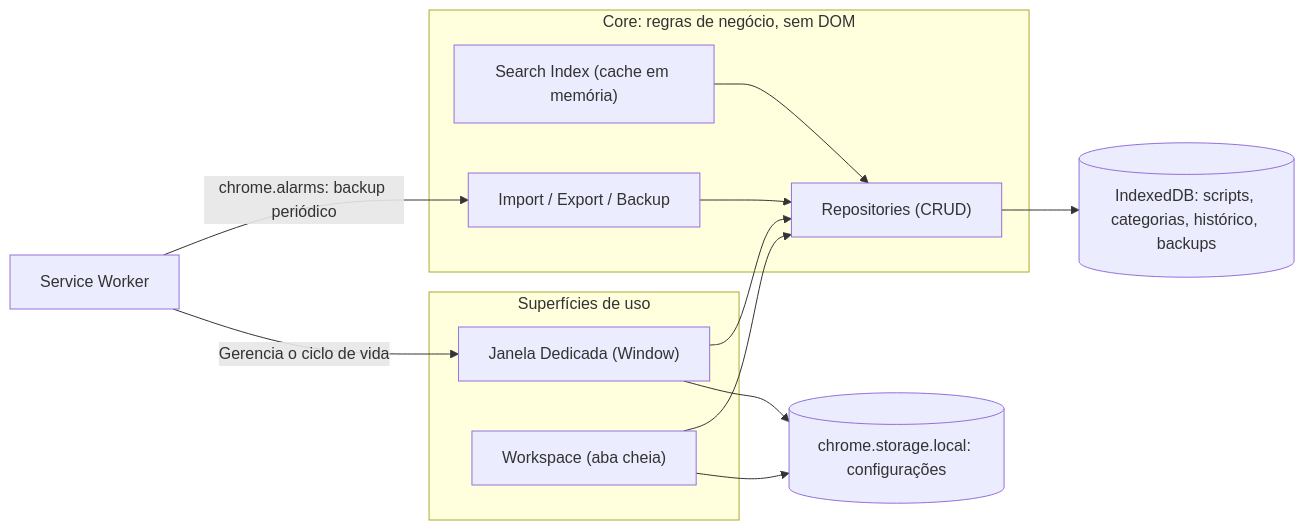
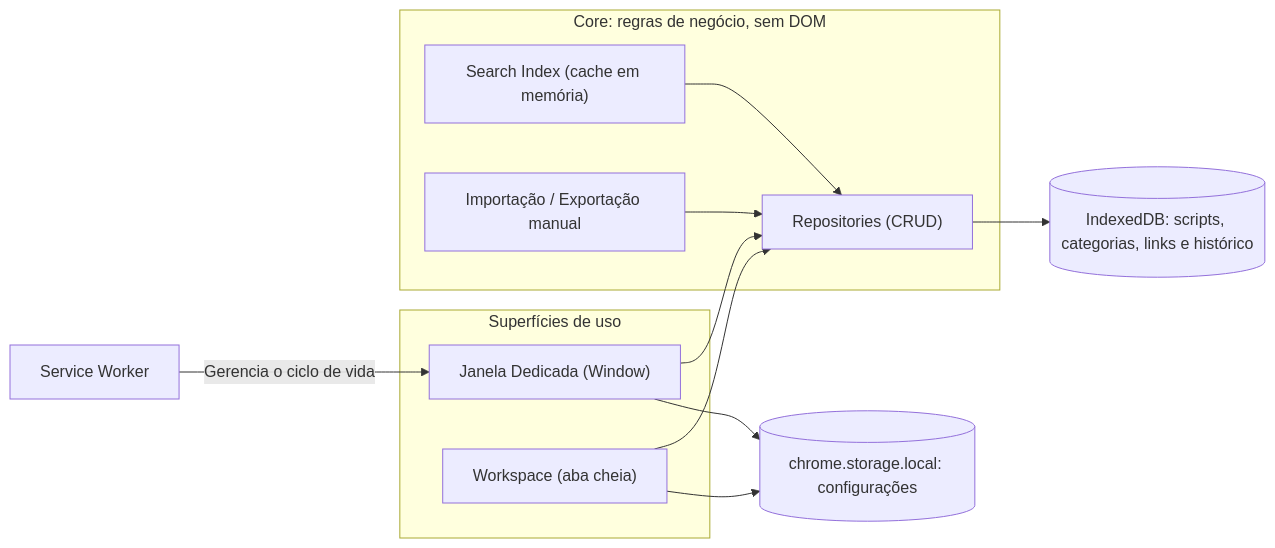
One commit to FernandoDias325/AtenaFlow changed the first of 2 diagrams in ARQUITETURA.md. Above: the diagram before and after it, drawn with Mermaid. The commit also changed other lines of this file and 36 other files, not shown here.

````diff
--- a/ARQUITETURA.md
+++ b/ARQUITETURA.md
@@ -48,25 +48,24 @@
 ```mermaid
 flowchart LR
     subgraph UI["Superfícies de uso"]
         JW["Janela Dedicada (Window)"]
         W["Workspace (aba cheia)"]
     end
     subgraph CORE["Core: regras de negócio, sem DOM"]
         R["Repositories (CRUD)"]
         S["Search Index (cache em memória)"]
-        IE["Import / Export / Backup"]
+        IE["Importação / Exportação manual"]
     end
     SW["Service Worker"]
-    IDB[("IndexedDB: scripts, categorias, histórico, backups")]
+    IDB[("IndexedDB: scripts, categorias, links e histórico")]
     CS[("chrome.storage.local: configurações")]
 
     JW --> R
     W --> R
     R --> IDB
     S --> R
     IE --> R
-    SW -->|chrome.alarms: backup periódico| IE
     SW -->|Gerencia o ciclo de vida| JW
     JW --> CS
     W --> CS
 ```
````
